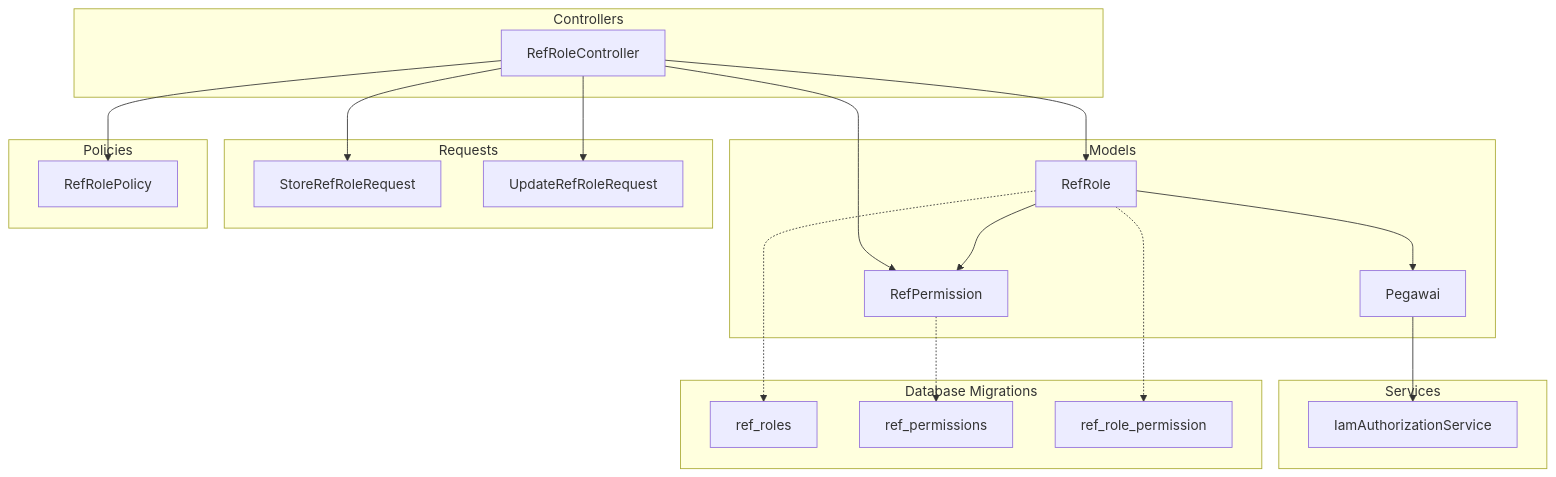
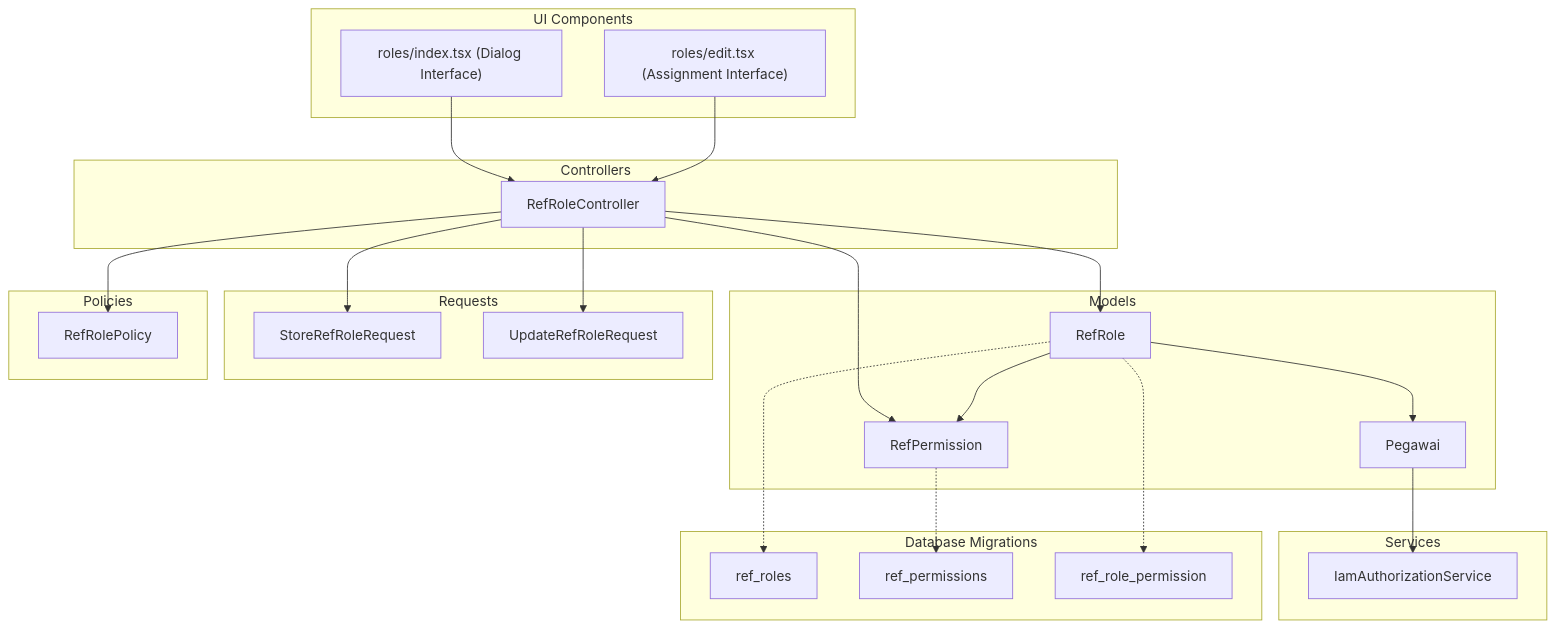
The first of 10 diagrams in .qoder/repowiki/en/content/Reference Data Management/Role and Permission Reference Data.md (PA-Penajam/kepegawaian_apps), drawn with Mermaid before and after one commit. The commit also changed other lines of this file and 13 other files, not shown here.

````diff
--- a/.qoder/repowiki/en/content/Reference Data Management/Role and Permission Reference Data.md
+++ b/.qoder/repowiki/en/content/Reference Data Management/Role and Permission Reference Data.md
@@ -36,37 +50,43 @@
 ```mermaid
 graph TB
 subgraph "Controllers"
 RRC["RefRoleController"]
 end
 subgraph "Models"
 RR["RefRole"]
 RP["RefPermission"]
 PG["Pegawai"]
 end
 subgraph "Requests"
 SR["StoreRefRoleRequest"]
 UR["UpdateRefRoleRequest"]
 end
 subgraph "Policies"
 PRP["RefRolePolicy"]
 end
 subgraph "Services"
 IAS["IamAuthorizationService"]
 end
 subgraph "Database Migrations"
 MR["ref_roles"]
 MP["ref_permissions"]
 MRp["ref_role_permission"]
 end
+subgraph "UI Components"
+UII["roles/index.tsx (Dialog Interface)"]
+UIE["roles/edit.tsx (Assignment Interface)"]
+end
 RRC --> RR
 RRC --> RP
 RRC --> SR
 RRC --> UR
 RRC --> PRP
 RR --> RP
 RR --> PG
 PG --> IAS
 RR -.-> MR
 RP -.-> MP
 RR -.-> MRp
+UII --> RRC
+UIE --> RRC
 ```
````
